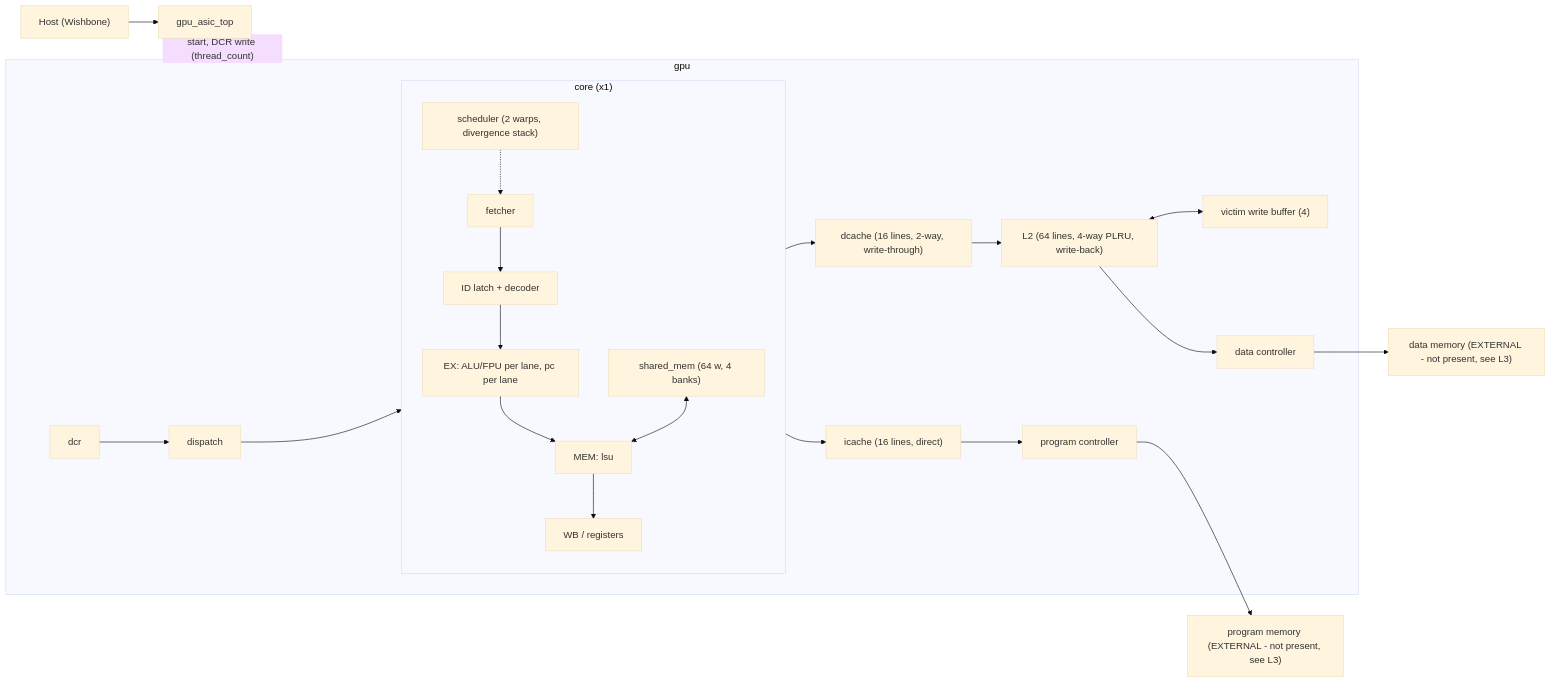
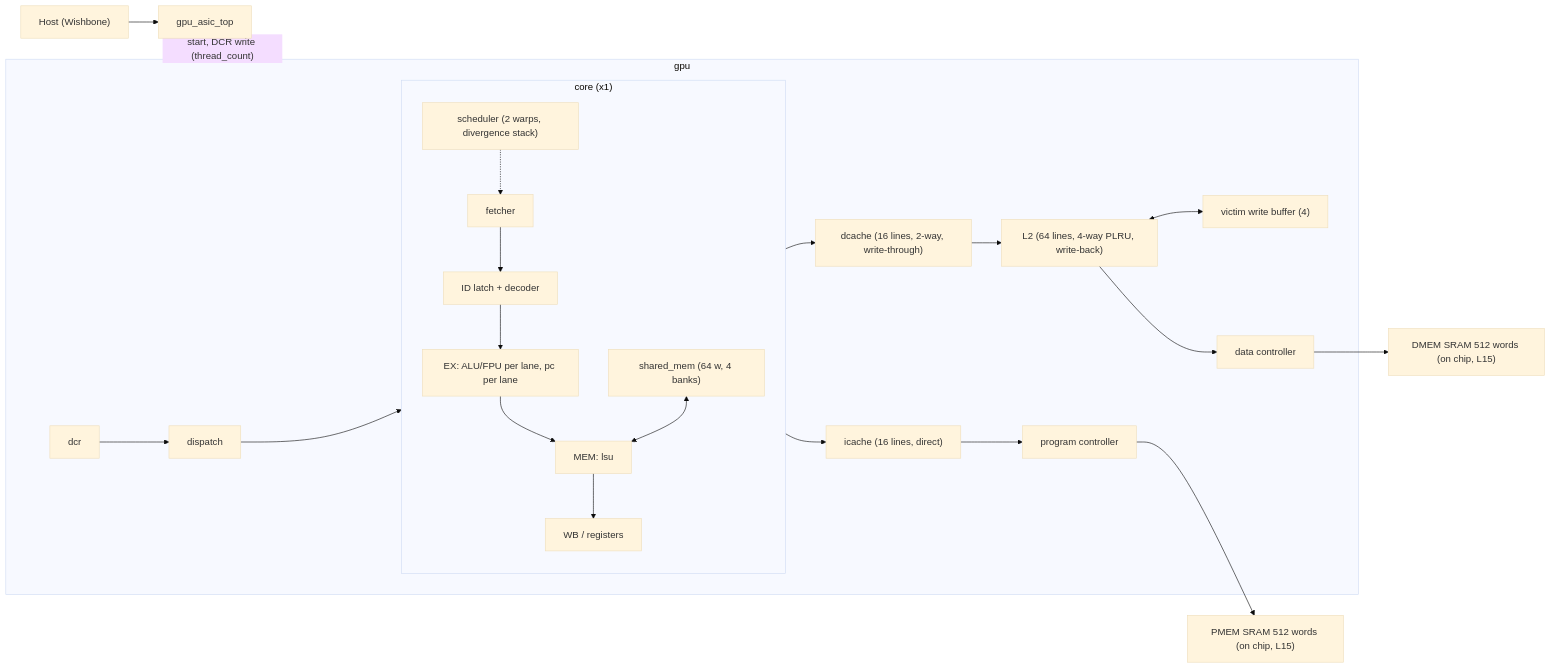
The diagram in ASIC/docs/02-architecture.md (mahanzavari/mahi-gpu), drawn with Mermaid (base theme) before and after one commit. The commit also changed other lines of this file and 20 other files, not shown here.

First line of the commit message:
ASIC: attach on-chip SRAM window to gpu_asic_top

````diff
--- a/ASIC/docs/02-architecture.md
+++ b/ASIC/docs/02-architecture.md
@@ -34,21 +34,21 @@
 ```mermaid
 flowchart LR
   host["Host (Wishbone)"] --> top["gpu_asic_top"]
   top -->|"start, DCR write (thread_count)"| gpu
   subgraph gpu["gpu"]
     dcr["dcr"] --> disp["dispatch"]
     disp --> core
     subgraph core["core (x1)"]
       fe["fetcher"] --> id["ID latch + decoder"] --> ex["EX: ALU/FPU per lane, pc per lane"]
       ex --> mem["MEM: lsu"] --> wb["WB / registers"]
       sch["scheduler (2 warps, divergence stack)"] -.-> fe
       sh["shared_mem (64 w, 4 banks)"] <--> mem
     end
     core --> ic["icache (16 lines, direct)"] --> pc_ctrl["program controller"]
     core --> dc["dcache (16 lines, 2-way, write-through)"] --> l2["L2 (64 lines, 4-way PLRU, write-back)"]
     l2 <--> vwb["victim write buffer (4)"]
     l2 --> d_ctrl["data controller"]
   end
-  pc_ctrl --> ext1["program memory (EXTERNAL - not present, see L3)"]
-  d_ctrl --> ext2["data memory (EXTERNAL - not present, see L3)"]
+  pc_ctrl --> ext1["PMEM SRAM 512 words (on chip, L15)"]
+  d_ctrl --> ext2["DMEM SRAM 512 words (on chip, L15)"]
 ```
````
